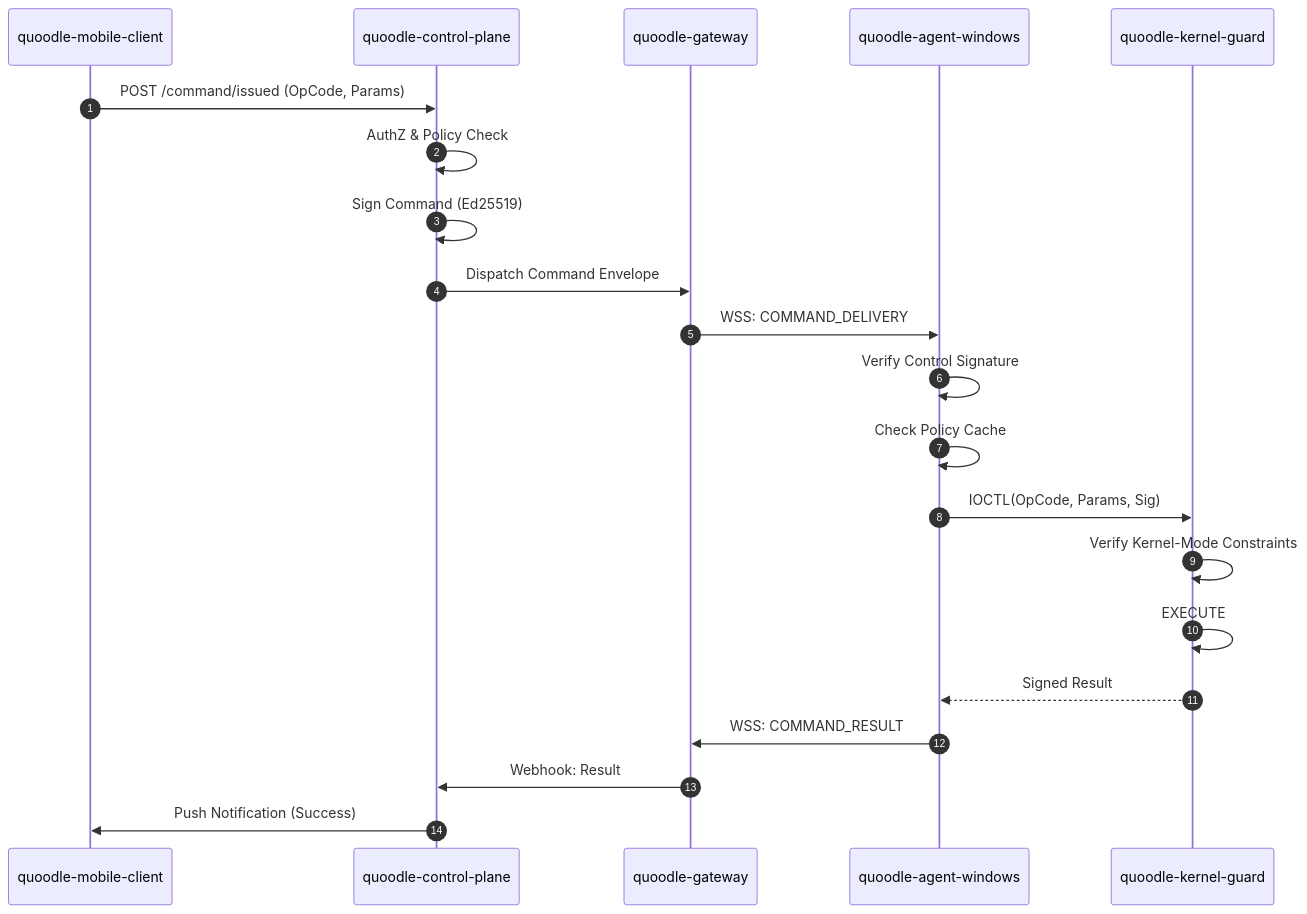
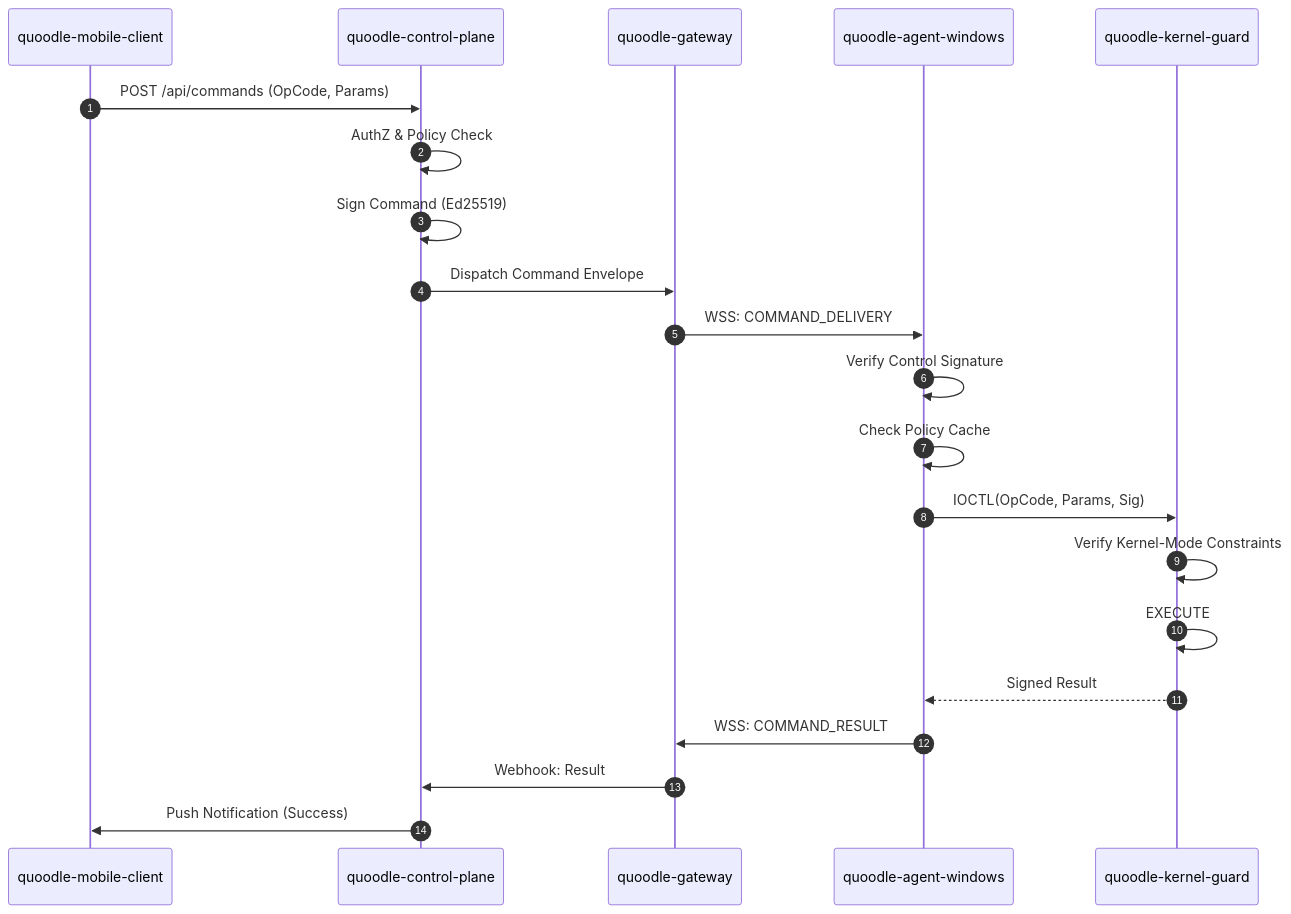
One commit to Ela-El-maker/Quoodle changed the second of 2 diagrams in docs/architecture/sequence_flows.md. Above: the diagram before and after it, drawn with Mermaid. The commit also changed other lines of this file and 48 other files, not shown here.

````diff
--- a/docs/architecture/sequence_flows.md
+++ b/docs/architecture/sequence_flows.md
@@ -46,28 +46,28 @@
 ```mermaid
 sequenceDiagram
     autonumber
     participant Mobile as quoodle-mobile-client
     participant Control as quoodle-control-plane
     participant Gateway as quoodle-gateway
     participant Agent as quoodle-agent-windows
     participant Kernel as quoodle-kernel-guard
 
-    Mobile->>Control: POST /command/issued (OpCode, Params)
+    Mobile->>Control: POST /api/commands (OpCode, Params)
     Control->>Control: AuthZ & Policy Check
     Control->>Control: Sign Command (Ed25519)
     Control->>Gateway: Dispatch Command Envelope
     
     Gateway->>Agent: WSS: COMMAND_DELIVERY
     
     Agent->>Agent: Verify Control Signature
     Agent->>Agent: Check Policy Cache
     
     Agent->>Kernel: IOCTL(OpCode, Params, Sig)
     Kernel->>Kernel: Verify Kernel-Mode Constraints
     Kernel->>Kernel: EXECUTE
     Kernel-->>Agent: Signed Result
     
     Agent->>Gateway: WSS: COMMAND_RESULT
     Gateway->>Control: Webhook: Result
     Control->>Mobile: Push Notification (Success)
 ```
````
